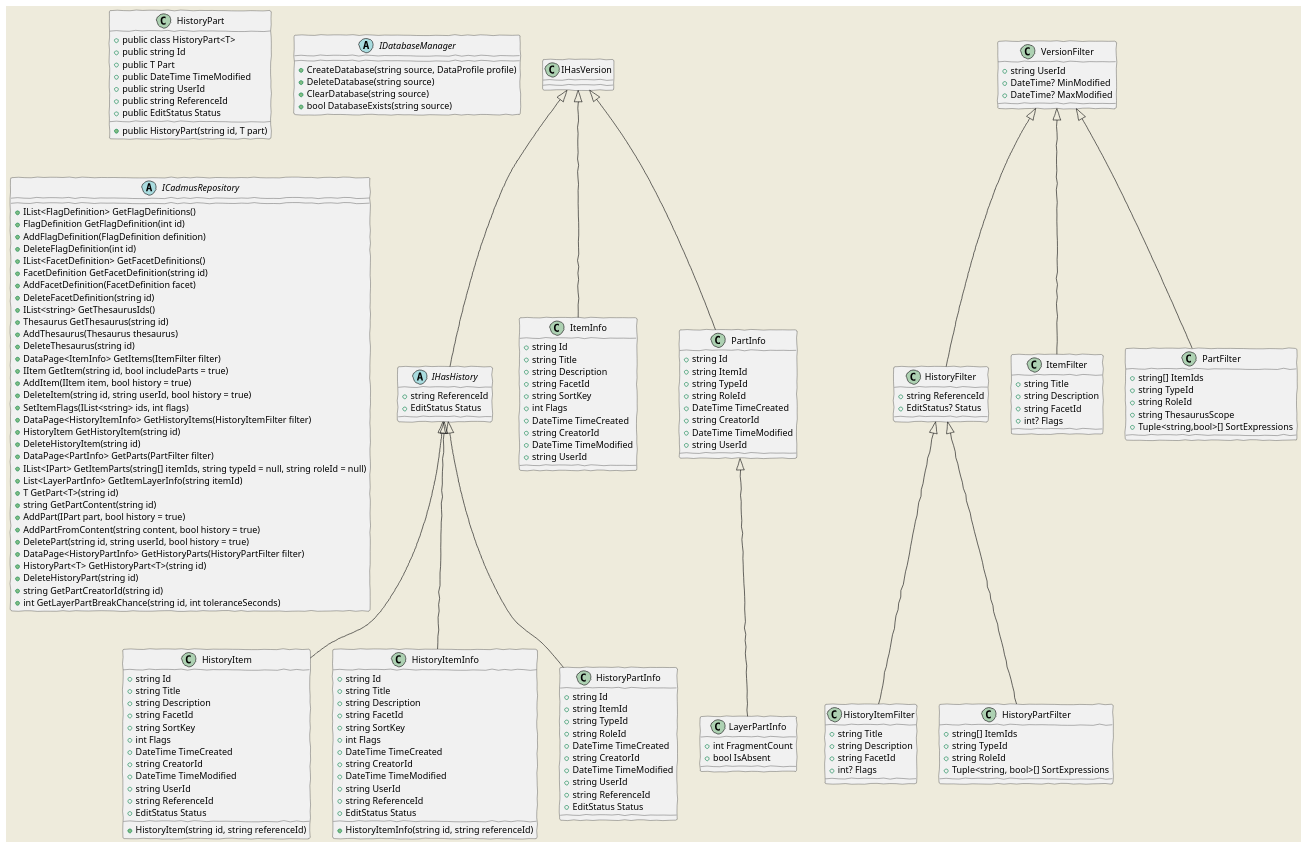
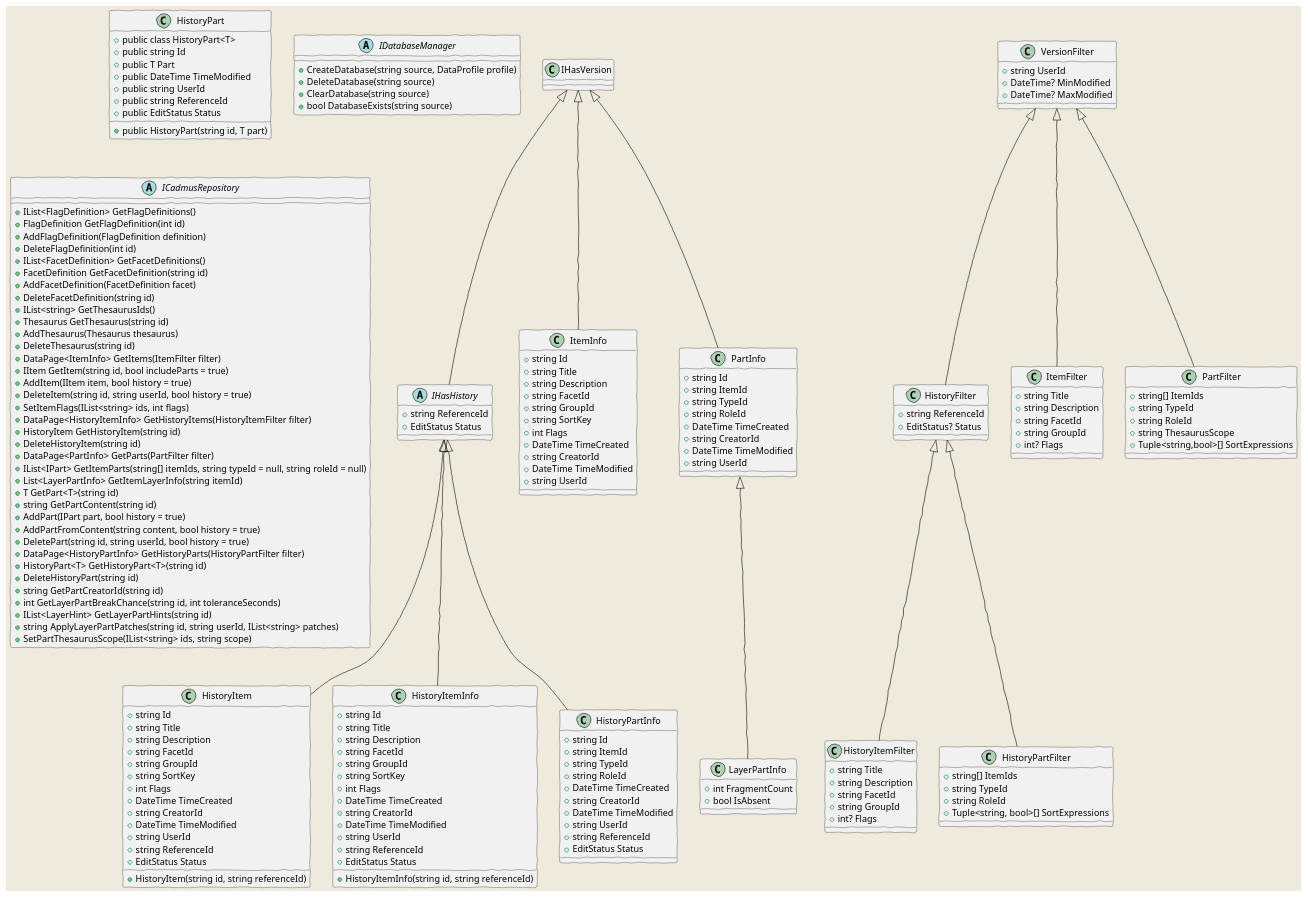
Before and after one commit to vedph/cadmus_core: the fourth of 4 diagrams in Doc/core.md, drawn with PlantUML. The commit also changed other lines of this file and 24 other files, not shown here.

Commit message:
Added group ID to item metadata

````diff
--- a/Doc/core.md
+++ b/Doc/core.md
@@ -597,6 +600,7 @@
     HistoryItemFilter : +string Title
     HistoryItemFilter : +string Description
     HistoryItemFilter : +string FacetId
+    HistoryItemFilter : +string GroupId
     HistoryItemFilter : +int? Flags
 
     HistoryFilter <|-- HistoryPartFilter
@@ -609,6 +613,7 @@
     ItemFilter : +string Title
     ItemFilter : +string Description
     ItemFilter : +string FacetId
+    ItemFilter : +string GroupId
     ItemFilter : +int? Flags
 
     VersionFilter <|-- PartFilter
@@ -623,6 +628,7 @@
     ItemInfo : +string Title
     ItemInfo : +string Description
     ItemInfo : +string FacetId
+    ItemInfo : +string GroupId
     ItemInfo : +string SortKey
     ItemInfo : +int Flags
     ItemInfo : +DateTime TimeCreated
@@ -649,6 +655,7 @@
     HistoryItem : +string Title
     HistoryItem : +string Description
     HistoryItem : +string FacetId
+    HistoryItem : +string GroupId
     HistoryItem : +string SortKey
     HistoryItem : +int Flags
     HistoryItem : +DateTime TimeCreated
@@ -673,6 +680,7 @@
     HistoryItemInfo : +string Title
     HistoryItemInfo : +string Description
     HistoryItemInfo : +string FacetId
+    HistoryItemInfo : +string GroupId
     HistoryItemInfo : +string SortKey
     HistoryItemInfo : +int Flags
     HistoryItemInfo : +DateTime TimeCreated
@@ -735,5 +743,8 @@
     ICadmusRepository : +DeleteHistoryPart(string id)
     ICadmusRepository : +string GetPartCreatorId(string id)
     ICadmusRepository : +int GetLayerPartBreakChance(string id, int toleranceSeconds)
+    ICadmusRepository : +IList<LayerHint> GetLayerPartHints(string id)
+    ICadmusRepository : +string ApplyLayerPartPatches(string id, string userId, IList<string> patches)
+    ICadmusRepository : +SetPartThesaurusScope(IList<string> ids, string scope)
 @enduml
 ```
````
